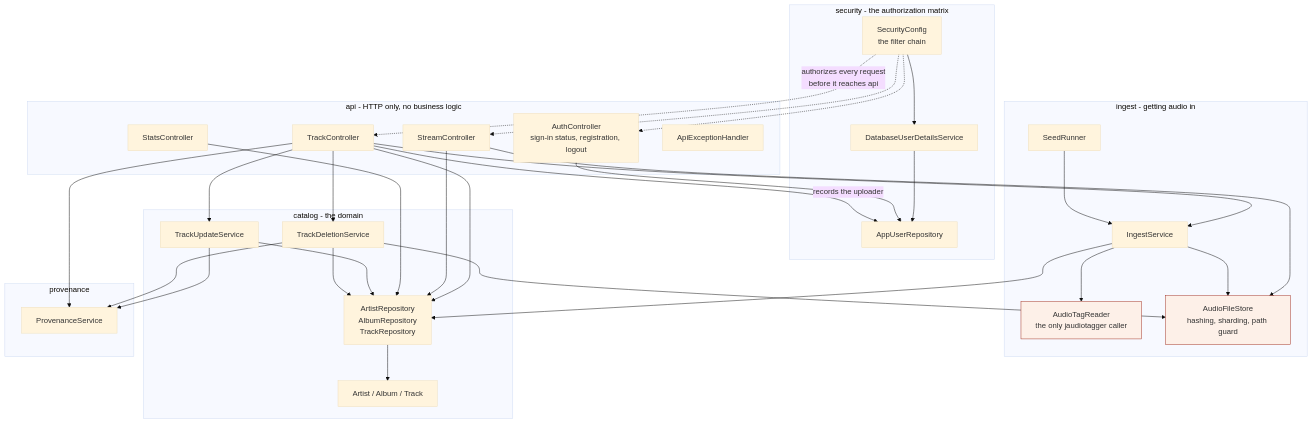
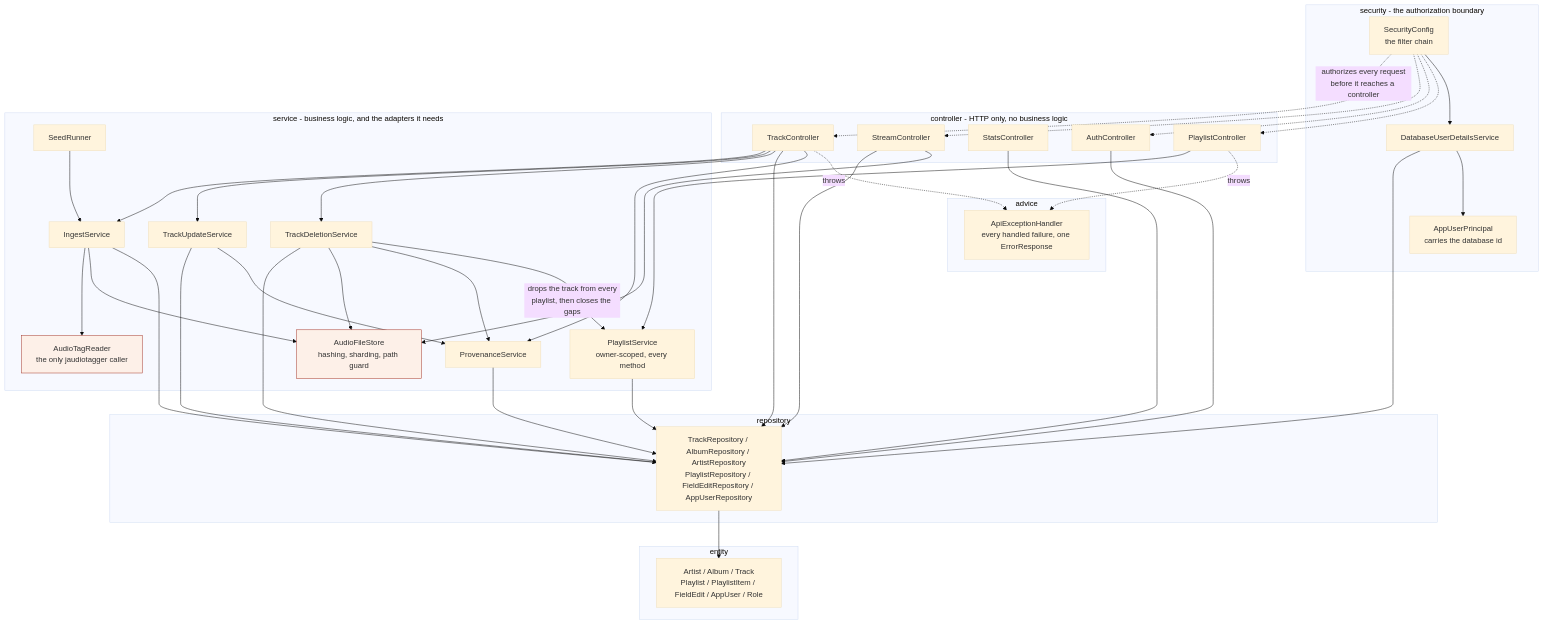
The third of 11 diagrams in docs/ARCHITECTURE.md (kasinathnalla/music-library-excercise), drawn with Mermaid (base theme) before and after one commit. The commit also changed other lines of this file and 169 other files, not shown here.

````diff
--- a/docs/ARCHITECTURE.md
+++ b/docs/ARCHITECTURE.md
@@ -85,64 +84,78 @@
 ```mermaid
 graph TD
-    subgraph security["security - the authorization matrix"]
+    subgraph security["security - the authorization boundary"]
         SEC["SecurityConfig<br/>the filter chain"]
         DUD["DatabaseUserDetailsService"]
-        USERS["AppUserRepository"]
+        PRIN["AppUserPrincipal<br/>carries the database id"]
     end
 
-    subgraph api["api - HTTP only, no business logic"]
+    subgraph controller["controller - HTTP only, no business logic"]
         TC["TrackController"]
         SC["StreamController"]
         STC["StatsController"]
-        AC["AuthController<br/>sign-in status, registration, logout"]
-        EH["ApiExceptionHandler"]
+        AC["AuthController"]
+        PC["PlaylistController"]
     end
 
-    subgraph ingest["ingest - getting audio in"]
+    subgraph advice["advice"]
+        EH["ApiExceptionHandler<br/>every handled failure, one ErrorResponse"]
+    end
+
+    subgraph service["service - business logic, and the adapters it needs"]
         IS["IngestService"]
+        TUS["TrackUpdateService"]
+        TDS["TrackDeletionService"]
+        PLS["PlaylistService<br/>owner-scoped, every method"]
+        PS["ProvenanceService"]
         ATR["AudioTagReader<br/>the only jaudiotagger caller"]
         AFS["AudioFileStore<br/>hashing, sharding, path guard"]
         SR["SeedRunner"]
     end
 
-    SEC -.->|"authorizes every request<br/>before it reaches api"| TC
+    subgraph repository["repository"]
+        REPO["TrackRepository / AlbumRepository / ArtistRepository<br/>PlaylistRepository / FieldEditRepository / AppUserRepository"]
+    end
+
+    subgraph entity["entity"]
+        ENT["Artist / Album / Track<br/>Playlist / PlaylistItem / FieldEdit / AppUser / Role"]
+    end
+
+    SEC -.->|"authorizes every request<br/>before it reaches a controller"| TC
     SEC -.-> SC
     SEC -.-> AC
+    SEC -.-> PC
     SEC --> DUD
-    DUD --> USERS
-    AC --> USERS
-    TC -->|"records the uploader"| USERS
-
-    subgraph catalog["catalog - the domain"]
-        TUS["TrackUpdateService"]
-        TDS["TrackDeletionService"]
-        REPO["ArtistRepository<br/>AlbumRepository<br/>TrackRepository"]
-        ENT["Artist / Album / Track"]
-    end
-
-    subgraph prov["provenance"]
-        PS["ProvenanceService"]
-    end
+    DUD --> REPO
+    DUD --> PRIN
 
     TC --> IS
     TC --> TUS
     TC --> TDS
     TC --> REPO
     TC --> PS
     SC --> REPO
     SC --> AFS
     STC --> REPO
+    AC --> REPO
+    PC --> PLS
+
     IS --> ATR
     IS --> AFS
     IS --> REPO
     SR --> IS
     TUS --> REPO
     TUS --> PS
     TDS --> REPO
     TDS --> AFS
     TDS --> PS
+    TDS -->|"drops the track from every<br/>playlist, then closes the gaps"| PLS
+    PLS --> REPO
+    PS --> REPO
     REPO --> ENT
+
+    TC -.->|"throws"| EH
+    PC -.->|"throws"| EH
 
     style ATR fill:#fdf0e8,stroke:#a33224
     style AFS fill:#fdf0e8,stroke:#a33224
 ```
````
